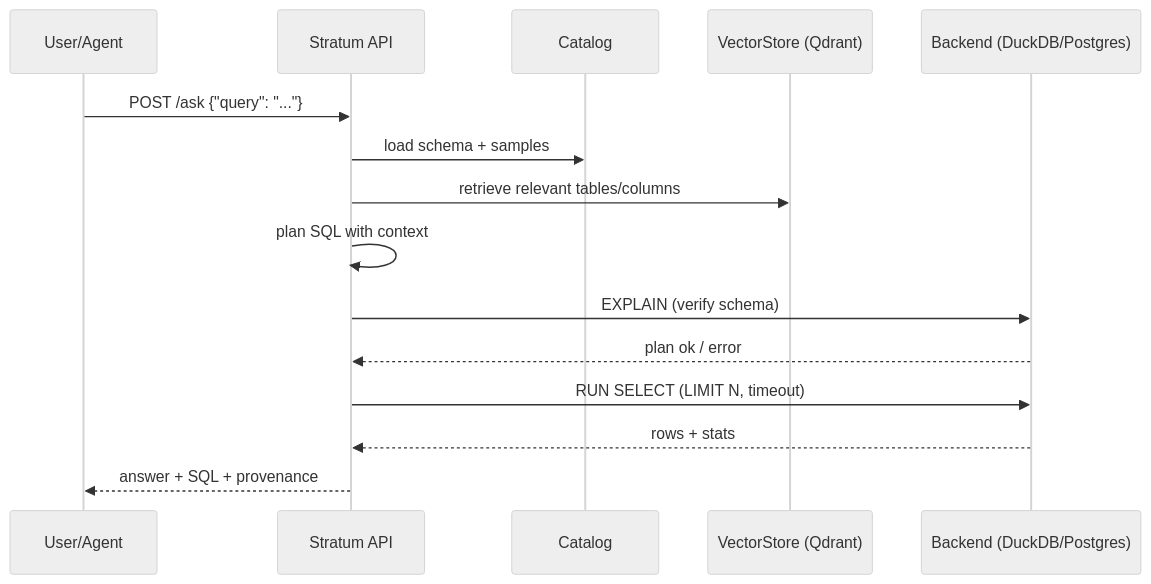
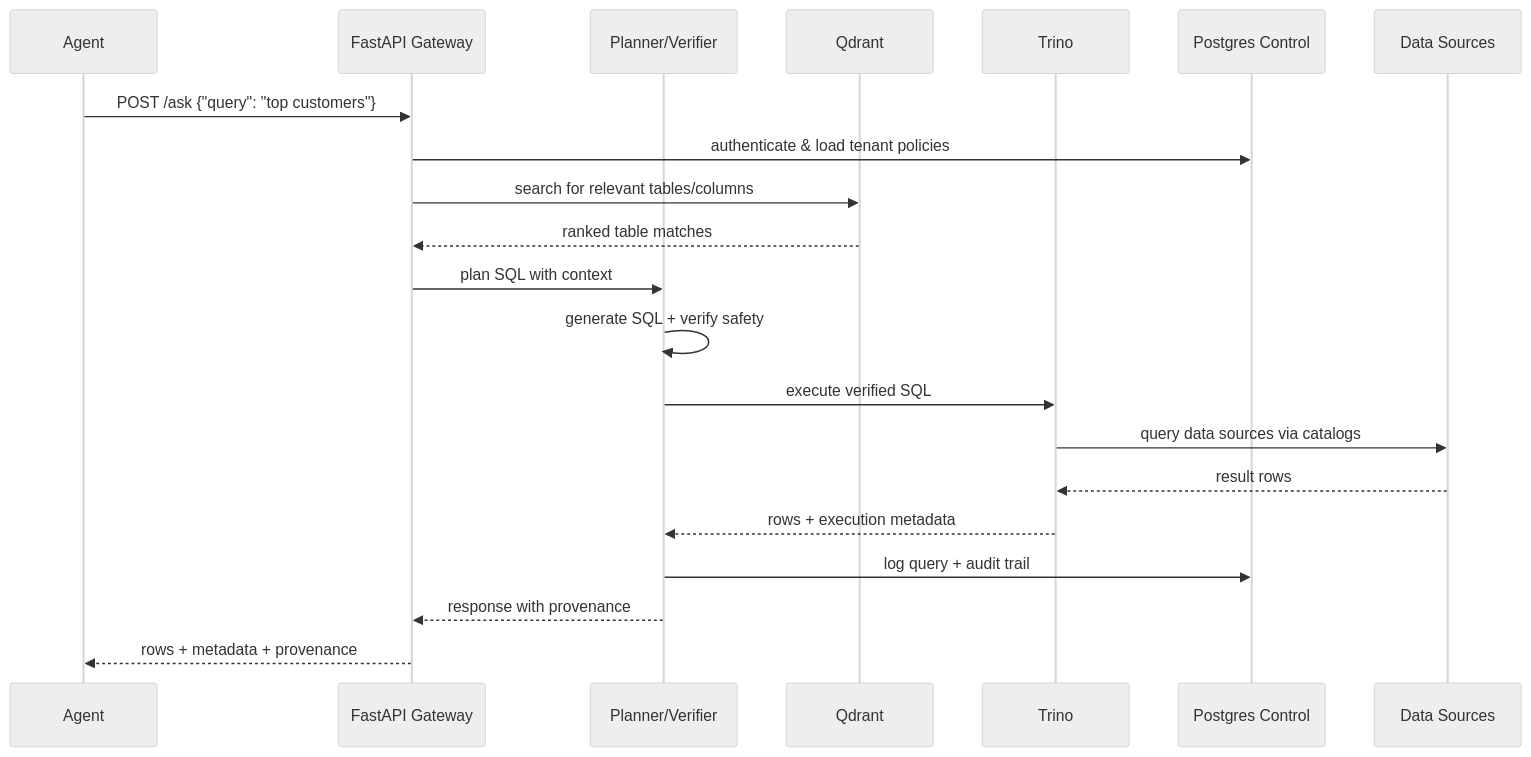
One commit to stratum-ai/stratum-core changed the second of 2 diagrams in docs/architecture.md. Above: the diagram before and after it, drawn with Mermaid (neutral theme). The commit also changed other lines of this file and 82 other files, not shown here.

````diff
--- a/docs/architecture.md
+++ b/docs/architecture.md
@@ -14,18 +62,24 @@
 ```mermaid
 sequenceDiagram
-  participant U as User/Agent
-  participant API as Stratum API
-  participant C as Catalog
-  participant V as VectorStore (Qdrant)
-  participant DB as Backend (DuckDB/Postgres)
+  participant A as Agent
+  participant API as FastAPI Gateway
+  participant P as Planner/Verifier
+  participant Q as Qdrant
+  participant T as Trino
+  participant PG as Postgres Control
+  participant DS as Data Sources
 
-  U->>API: POST /ask {"query": "..."}
-  API->>C: load schema + samples
-  API->>V: retrieve relevant tables/columns
-  API->>API: plan SQL with context
-  API->>DB: EXPLAIN (verify schema)
-  DB-->>API: plan ok / error
-  API->>DB: RUN SELECT (LIMIT N, timeout)
-  DB-->>API: rows + stats
-  API-->>U: answer + SQL + provenance
+  A->>API: POST /ask {"query": "top customers"}
+  API->>PG: authenticate & load tenant policies
+  API->>Q: search for relevant tables/columns
+  Q-->>API: ranked table matches
+  API->>P: plan SQL with context
+  P->>P: generate SQL + verify safety
+  P->>T: execute verified SQL
+  T->>DS: query data sources via catalogs
+  DS-->>T: result rows
+  T-->>P: rows + execution metadata
+  P->>PG: log query + audit trail
+  P-->>API: response with provenance
+  API-->>A: rows + metadata + provenance
 ```
````
